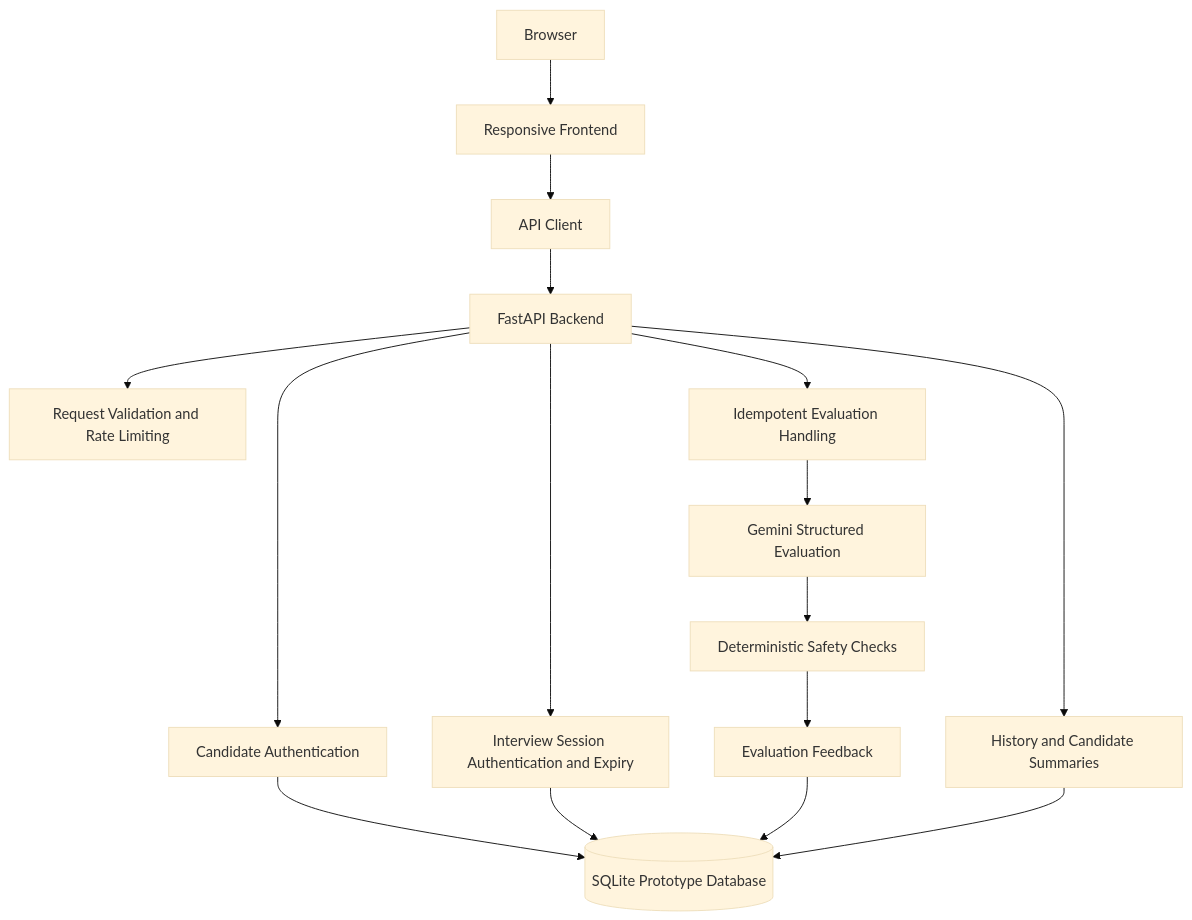
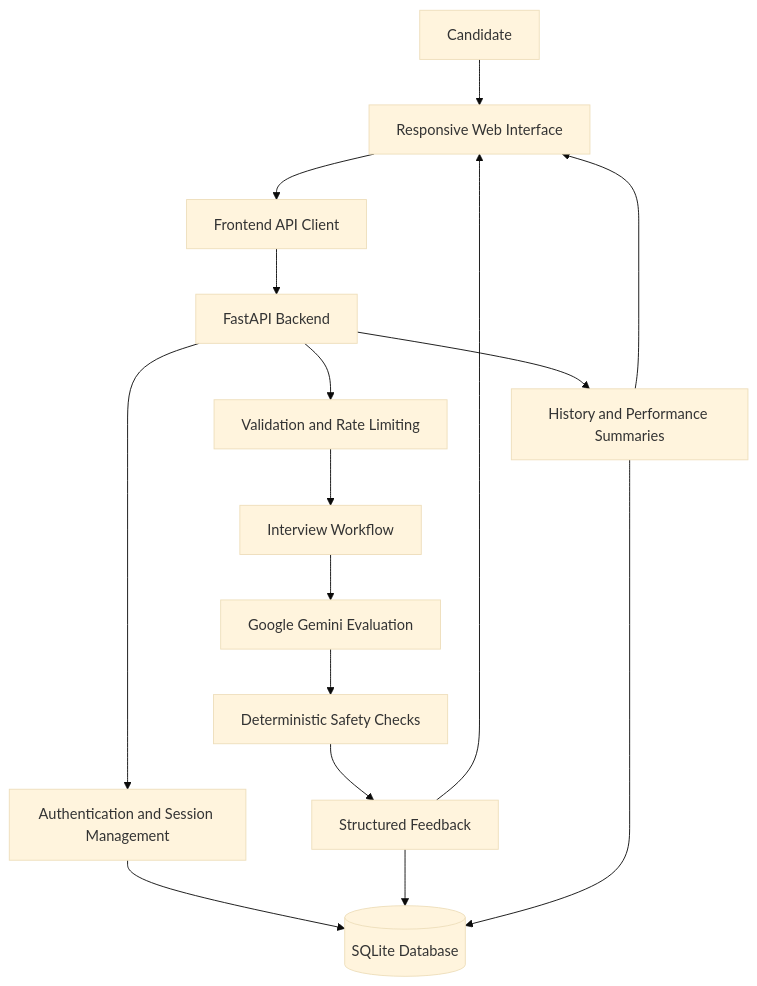
One commit to AnshPratap2314/ai-based-interview-simulator changed the diagram in README.md. Above: the diagram before and after it, drawn with Mermaid (base theme). The commit also changed other lines of this file, not shown here.

````diff
--- a/README.md
+++ b/README.md
@@ -117,22 +80,23 @@
 ```mermaid
 flowchart TD
-    A["Browser"] --> B["Responsive Frontend"]
-    B --> C["API Client"]
+    A["Candidate"] --> B["Responsive Web Interface"]
+    B --> C["Frontend API Client"]
     C --> D["FastAPI Backend"]
 
-    D --> E["Candidate Authentication"]
-    D --> F["Interview Session Authentication and Expiry"]
-    D --> G["Request Validation and Rate Limiting"]
-    D --> H["Idempotent Evaluation Handling"]
+    D --> E["Authentication and Session Management"]
+    D --> F["Validation and Rate Limiting"]
+    F --> G["Interview Workflow"]
 
-    H --> I["Gemini Structured Evaluation"]
-    I --> J["Deterministic Safety Checks"]
-    J --> K["Evaluation Feedback"]
+    G --> H["Google Gemini Evaluation"]
+    H --> I["Deterministic Safety Checks"]
+    I --> J["Structured Feedback"]
 
-    D --> L["History and Candidate Summaries"]
+    D --> K["History and Performance Summaries"]
 
-    E --> M[("SQLite Prototype Database")]
-    F --> M
-    K --> M
-    L --> M
+    E --> L[("SQLite Database")]
+    J --> L
+    K --> L
+
+    J --> B
+    K --> B
 ```
````
